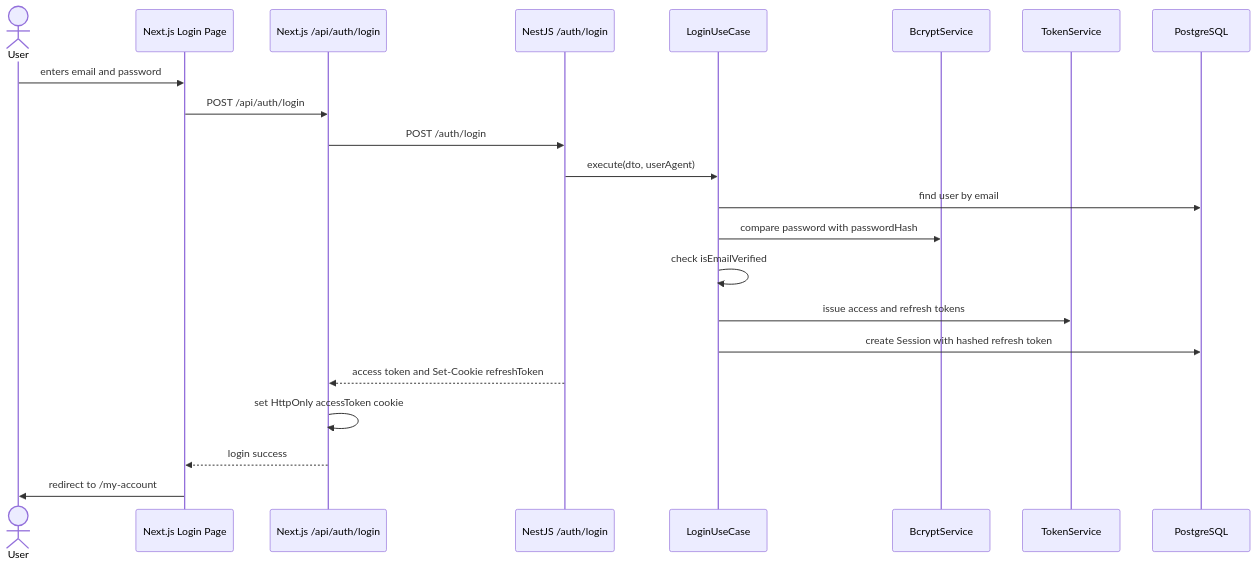
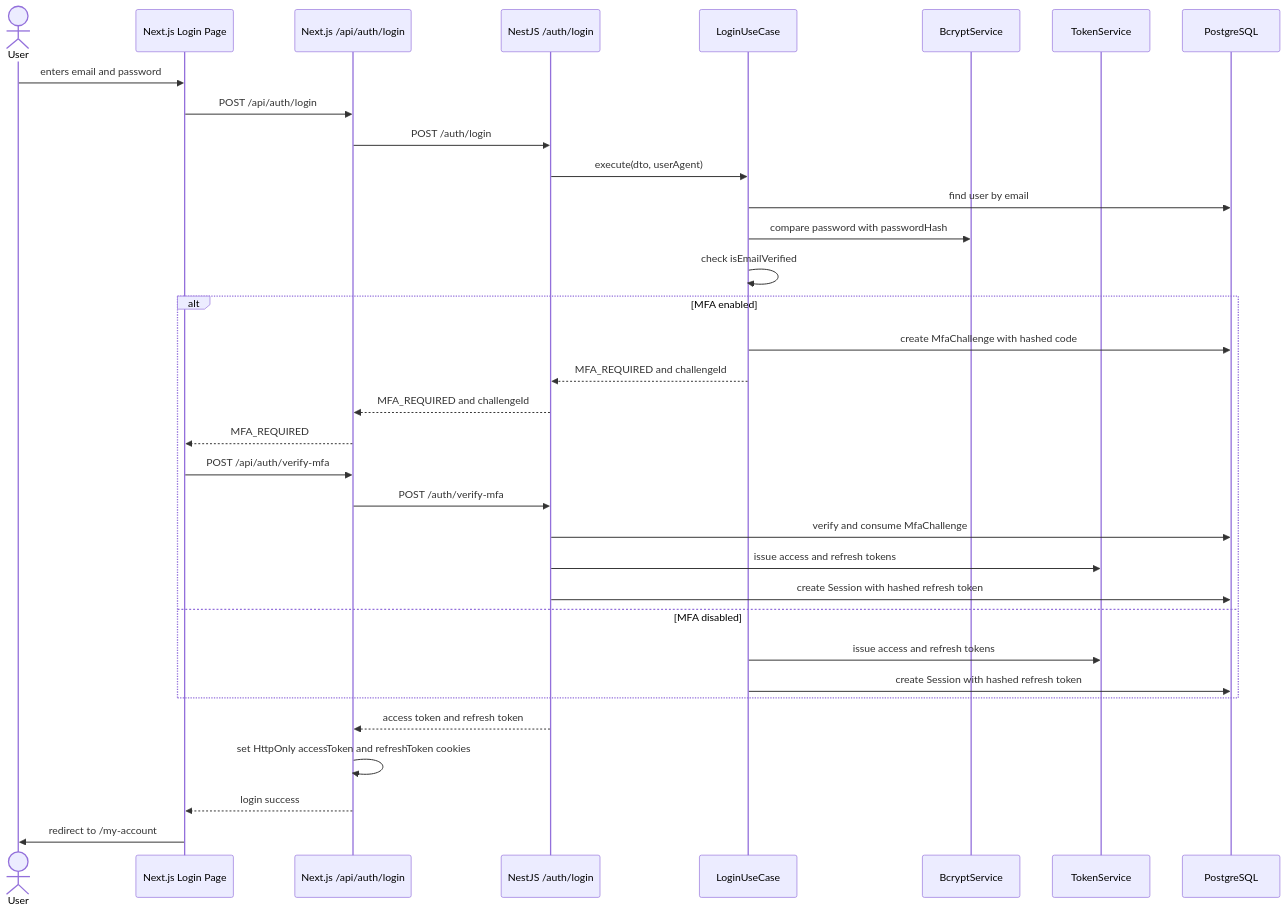
Before and after one commit to Erics-Barbers/erics-barbers-docs: the sixth of 11 diagrams in Authentication Flows.md, drawn with Mermaid. The commit also changed other lines of this file and 6 other files, not shown here.

````diff
--- a/Authentication Flows.md
+++ b/Authentication Flows.md
@@ -318,25 +340,37 @@
 ```mermaid
 sequenceDiagram
     actor User
     participant LoginPage as Next.js Login Page
     participant NextLogin as Next.js /api/auth/login
     participant NestAuth as NestJS /auth/login
     participant LoginUseCase as LoginUseCase
     participant Bcrypt as BcryptService
     participant TokenService as TokenService
     participant DB as PostgreSQL
 
     User->>LoginPage: enters email and password
     LoginPage->>NextLogin: POST /api/auth/login
     NextLogin->>NestAuth: POST /auth/login
     NestAuth->>LoginUseCase: execute(dto, userAgent)
     LoginUseCase->>DB: find user by email
     LoginUseCase->>Bcrypt: compare password with passwordHash
     LoginUseCase->>LoginUseCase: check isEmailVerified
-    LoginUseCase->>TokenService: issue access and refresh tokens
-    LoginUseCase->>DB: create Session with hashed refresh token
-    NestAuth-->>NextLogin: access token and Set-Cookie refreshToken
-    NextLogin->>NextLogin: set HttpOnly accessToken cookie
+    alt MFA enabled
+        LoginUseCase->>DB: create MfaChallenge with hashed code
+        LoginUseCase-->>NestAuth: MFA_REQUIRED and challengeId
+        NestAuth-->>NextLogin: MFA_REQUIRED and challengeId
+        NextLogin-->>LoginPage: MFA_REQUIRED
+        LoginPage->>NextLogin: POST /api/auth/verify-mfa
+        NextLogin->>NestAuth: POST /auth/verify-mfa
+        NestAuth->>DB: verify and consume MfaChallenge
+        NestAuth->>TokenService: issue access and refresh tokens
+        NestAuth->>DB: create Session with hashed refresh token
+    else MFA disabled
+        LoginUseCase->>TokenService: issue access and refresh tokens
+        LoginUseCase->>DB: create Session with hashed refresh token
+    end
+    NestAuth-->>NextLogin: access token and refresh token
+    NextLogin->>NextLogin: set HttpOnly accessToken and refreshToken cookies
     NextLogin-->>LoginPage: login success
     LoginPage->>User: redirect to /my-account
 ```
````
